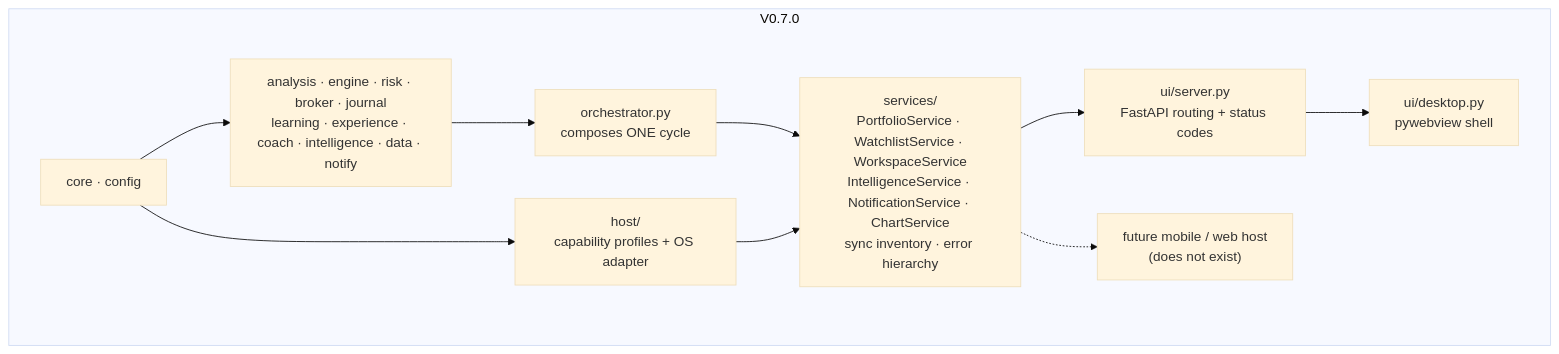
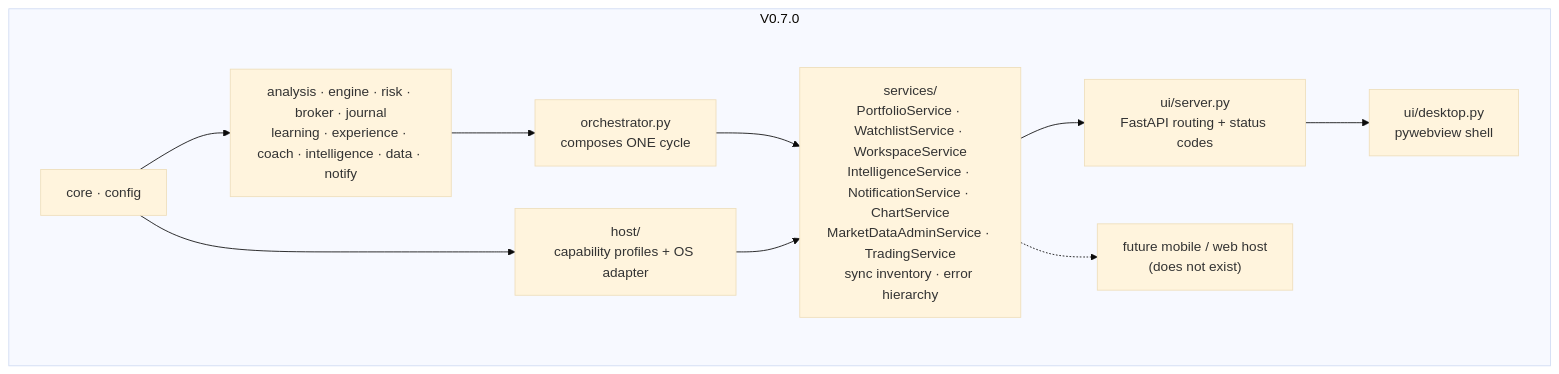
One commit to vereglover-star/OptionsPilot changed the diagram in docs/ARCHITECTURE-PLATFORM.md. Above: the diagram before and after it, drawn with Mermaid (base theme). The commit also changed other lines of this file and 14 other files, not shown here.

````diff
--- a/docs/ARCHITECTURE-PLATFORM.md
+++ b/docs/ARCHITECTURE-PLATFORM.md
@@ -29,22 +29,22 @@
 ```mermaid
 graph TB
     subgraph After["V0.7.0"]
         A_CORE["core · config"]
         A_HOST["host/<br/>capability profiles + OS adapter"]
         A_DOM["analysis · engine · risk · broker · journal<br/>learning · experience · coach · intelligence · data · notify"]
         A_ORCH["orchestrator.py<br/>composes ONE cycle"]
-        A_SVC["services/<br/>PortfolioService · WatchlistService · WorkspaceService<br/>IntelligenceService · NotificationService · ChartService<br/>sync inventory · error hierarchy"]
+        A_SVC["services/<br/>PortfolioService · WatchlistService · WorkspaceService<br/>IntelligenceService · NotificationService · ChartService<br/>MarketDataAdminService · TradingService<br/>sync inventory · error hierarchy"]
         A_UI["ui/server.py<br/>FastAPI routing + status codes"]
         A_WV["ui/desktop.py<br/>pywebview shell"]
         A_FUT["future mobile / web host<br/>(does not exist)"]
 
         A_CORE --> A_HOST
         A_CORE --> A_DOM
         A_DOM --> A_ORCH
         A_ORCH --> A_SVC
         A_HOST --> A_SVC
         A_SVC --> A_UI
         A_SVC -.-> A_FUT
         A_UI --> A_WV
     end
 ```
````
